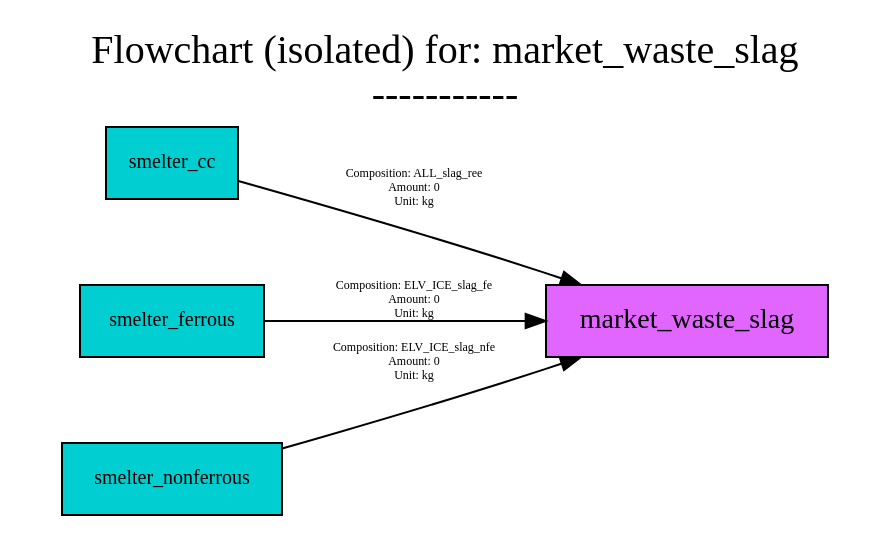
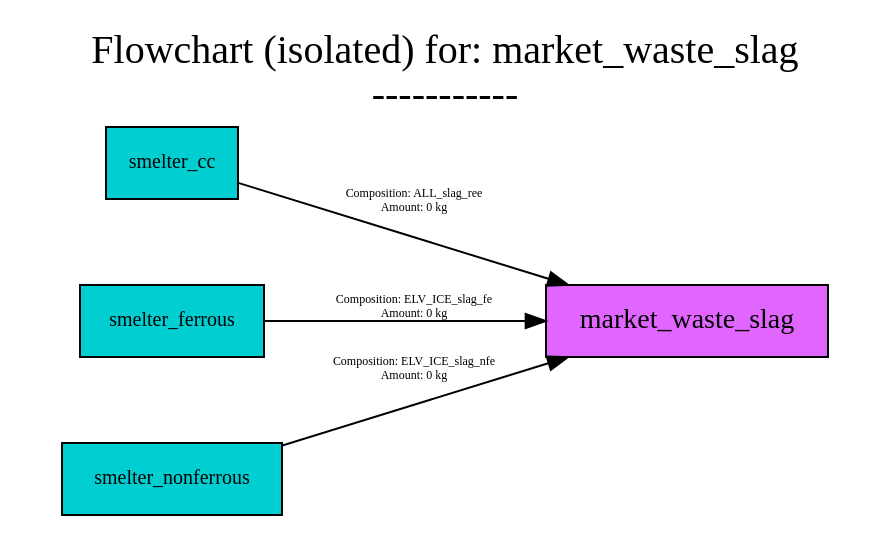
The diagram in src/examples/ELV/figures/flowcharts/processes/dot/market_waste_slag.dot (FutuRaM-Project/Recovery-Model), drawn with Graphviz before and after one commit. The commit also changed 177 other files, not shown here.

```diff
--- a/src/examples/ELV/figures/flowcharts/processes/dot/market_waste_slag.dot
+++ b/src/examples/ELV/figures/flowcharts/processes/dot/market_waste_slag.dot
@@ -1,74 +1,71 @@
 digraph {
 	graph [bb="0,0,383,246",
 		font=Cabin,
 		fontname=Cabin,
 		fontsize=20,
 		label="Flowchart (isolated) for: market_waste_slag
 -----------",
 		labeljust=c,
 		labelloc=tc,
 		lheight=0.61,
 		lp="191.5,220",
 		lwidth=5.10,
 		nodesep=0.6,
 		rankdir=LR,
 		ranksep=0.6
 	];
 	node [label="\N"];
 	market_waste_slag	[fillcolor=mediumorchid1,
 		fontname=Cabin,
 		fontsize=14,
 		height=0.5,
 		pos="304.5,97",
 		shape=box,
 		style=filled,
 		width=1.8194];
 	smelter_cc	[fillcolor=darkturquoise,
 		fontname=Cabin,
 		fontsize=10,
 		height=0.5,
 		pos="63,176",
 		shape=box,
 		style=filled,
 		width=0.88889];
 	smelter_cc -> market_waste_slag	[color=black,
 		fontname=Cabin,
 		fontsize=6,
 		label="Composition: ALL_slag_ree
-Amount: 0 
-Unit: kg",
-		lp="176,163.5",
-		pos="e,254.22,115.05 95.18,166.62 126.18,157.2 175.04,142.09 217,128 225.98,124.98 235.45,121.7 244.69,118.43"];
+Amount: 0 kg",
+		lp="176,157",
+		pos="e,248.82,115.04 95.31,165.67 131.65,153.68 192.55,133.6 239.12,118.24"];
 	smelter_ferrous	[fillcolor=darkturquoise,
 		fontname=Cabin,
 		fontsize=10,
 		height=0.5,
 		pos="63,97",
 		shape=box,
 		style=filled,
 		width=1.1667];
 	smelter_ferrous -> market_waste_slag	[color=black,
 		fontname=Cabin,
 		fontsize=6,
 		label="Composition: ELV_ICE_slag_fe
-Amount: 0 
-Unit: kg",
-		lp="176,107.5",
+Amount: 0 kg",
+		lp="176,104",
 		pos="e,239,97 105.17,97 139.08,97 188.03,97 228.82,97"];
 	smelter_nonferrous	[fillcolor=darkturquoise,
 		fontname=Cabin,
 		fontsize=10,
 		height=0.5,
 		pos="63,18",
 		shape=box,
 		style=filled,
 		width=1.3889];
 	smelter_nonferrous -> market_waste_slag	[color=black,
 		fontname=Cabin,
 		fontsize=6,
 		label="Composition: ELV_ICE_slag_nfe
-Amount: 0 
-Unit: kg",
-		lp="176,76.5",
-		pos="e,254.22,78.952 113.08,32.851 143.18,42.091 182.43,54.388 217,66 225.98,69.016 235.45,72.301 244.69,75.567"];
+Amount: 0 kg",
+		lp="176,73",
+		pos="e,248.67,78.913 113.04,34.177 149.46,46.188 199.46,62.68 239.09,75.753"];
 }
```
